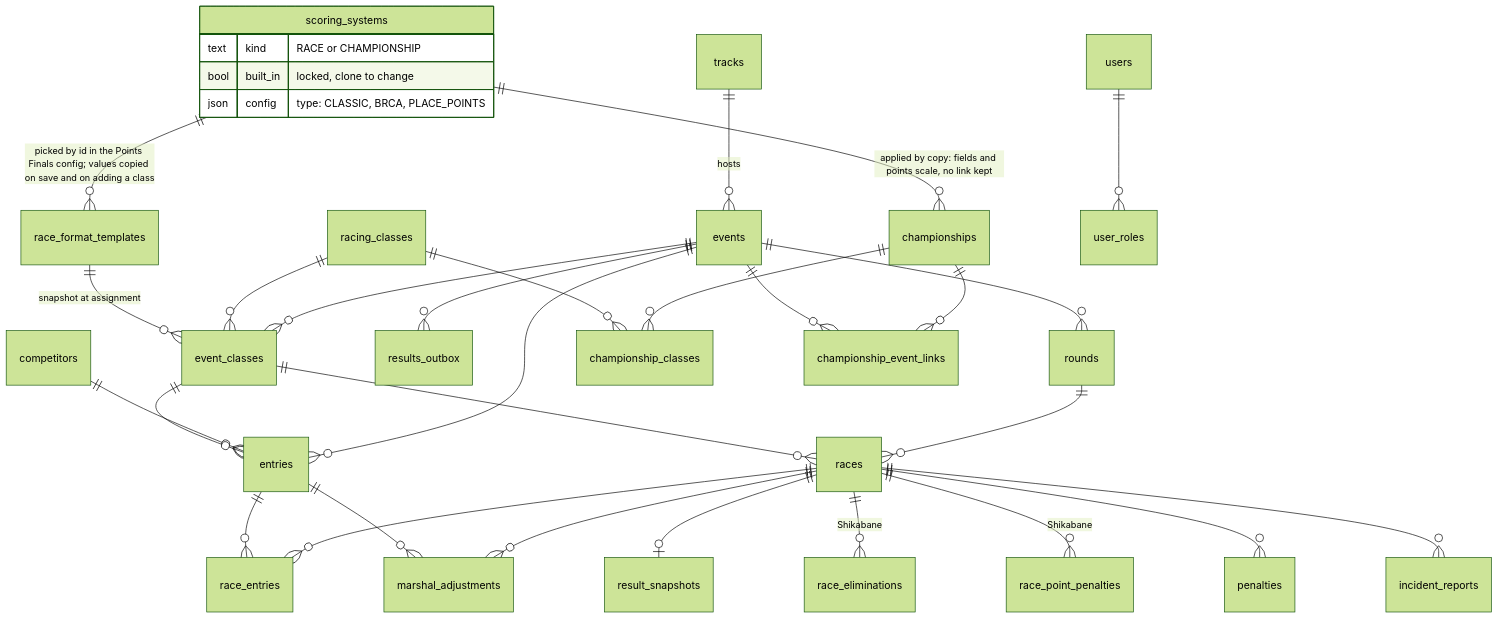
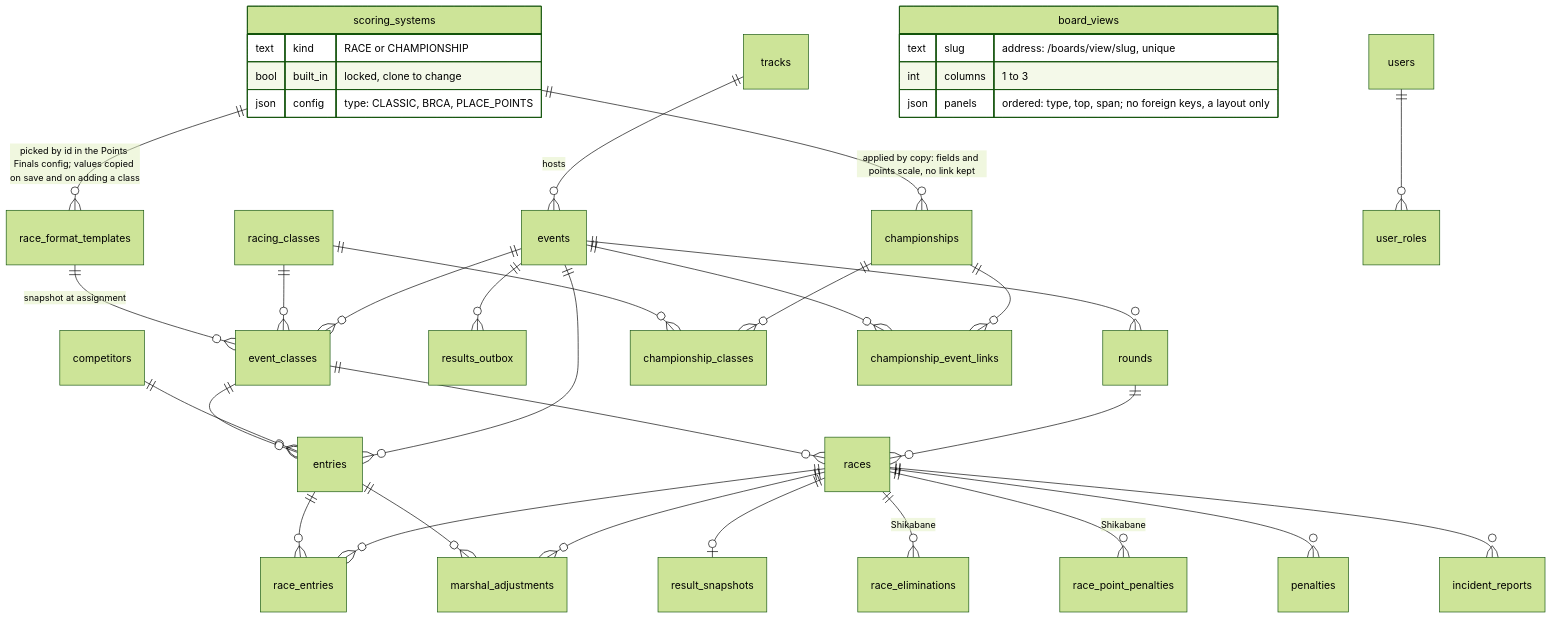
One commit to RCRaceHub/RCTimingControl changed the third of 3 diagrams in docs/developer/domain-model.md. Above: the diagram before and after it, drawn with Mermaid (forest theme). The commit also changed 50 other files, not shown here.

First line of the commit message:
Configurable board views: commentator, monitors and race control sections (#481) (#487)

````diff
--- a/docs/developer/domain-model.md
+++ b/docs/developer/domain-model.md
@@ -159,35 +159,40 @@
 ```mermaid
 erDiagram
     tracks ||--o{ events : "hosts"
     events ||--o{ event_classes : ""
     events ||--o{ rounds : ""
     events ||--o{ entries : ""
     events ||--o{ results_outbox : ""
     racing_classes ||--o{ event_classes : ""
     race_format_templates ||--o{ event_classes : "snapshot at assignment"
     scoring_systems ||--o{ race_format_templates : "picked by id in the Points Finals config; values copied on save and on adding a class"
     scoring_systems ||--o{ championships : "applied by copy: fields and points scale, no link kept"
     scoring_systems {
         text kind "RACE or CHAMPIONSHIP"
         bool built_in "locked, clone to change"
         json config "type: CLASSIC, BRCA, PLACE_POINTS"
+    }
+    board_views {
+        text slug "address: /boards/view/slug, unique"
+        int columns "1 to 3"
+        json panels "ordered: type, top, span; no foreign keys, a layout only"
     }
     competitors ||--o{ entries : ""
     event_classes ||--o{ entries : ""
     rounds ||--o{ races : ""
     event_classes ||--o{ races : ""
     races ||--o{ race_entries : ""
     entries ||--o{ race_entries : ""
     races ||--o| result_snapshots : ""
     races ||--o{ marshal_adjustments : ""
     races ||--o{ race_eliminations : "Shikabane"
     races ||--o{ race_point_penalties : "Shikabane"
     races ||--o{ penalties : ""
     races ||--o{ incident_reports : ""
     entries ||--o{ marshal_adjustments : ""
     championships ||--o{ championship_classes : ""
     championships ||--o{ championship_event_links : ""
     events ||--o{ championship_event_links : ""
     racing_classes ||--o{ championship_classes : ""
     users ||--o{ user_roles : ""
 ```
````
